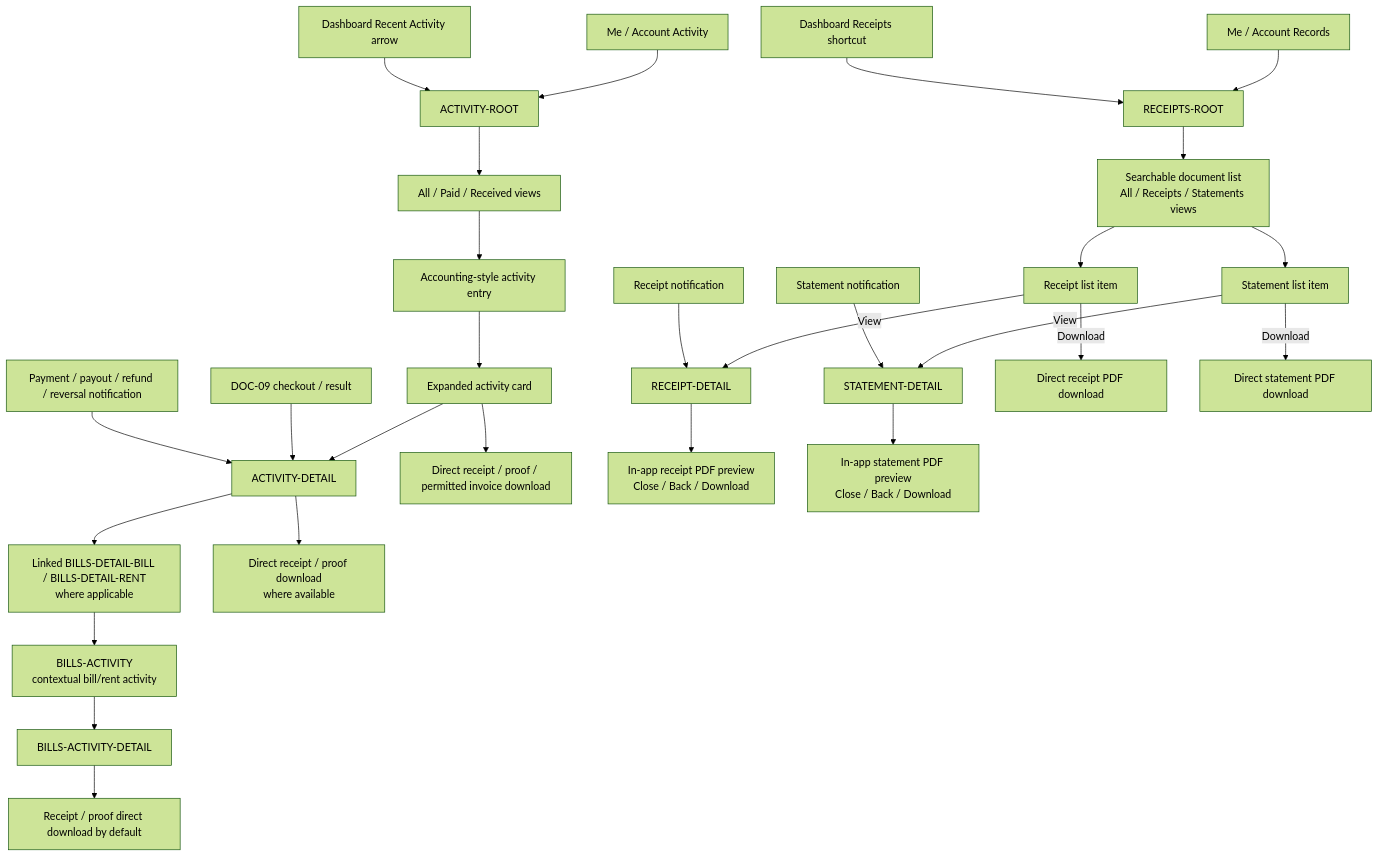
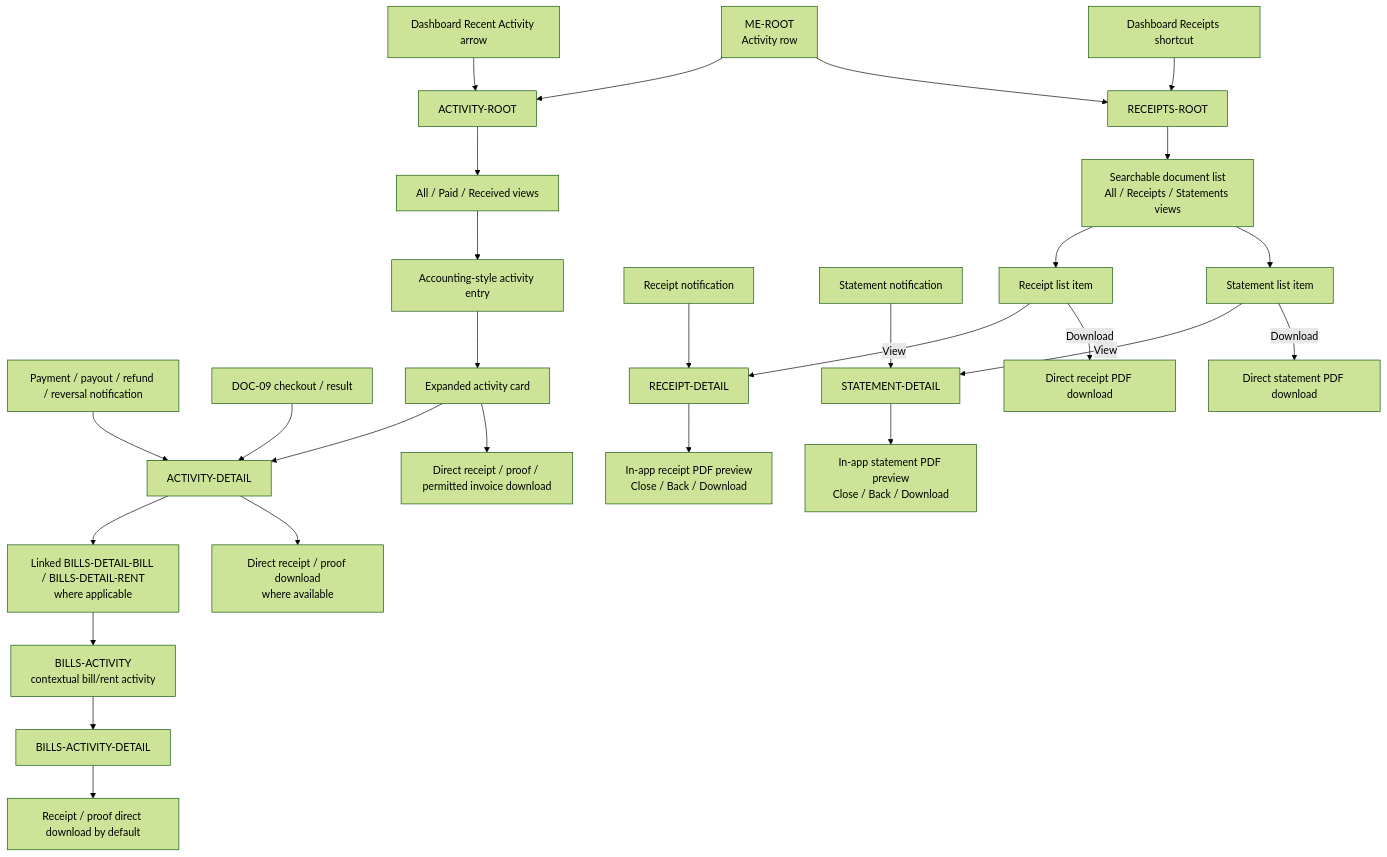
The sixth of 8 diagrams in docs/diagrams/payplus-app-route-entry-map.md (adminpayplus/payplus-docs), drawn with Mermaid (forest theme) before and after one commit. The commit also changed other lines of this file and 13 other files, not shown here.

````diff
--- a/docs/diagrams/payplus-app-route-entry-map.md
+++ b/docs/diagrams/payplus-app-route-entry-map.md
@@ -177,37 +176,37 @@
 ```mermaid
 flowchart TD
   DASHRECENT["Dashboard Recent Activity arrow"] --> AROOT["ACTIVITY-ROOT"]
-  MEACTIVITY["Me / Account Activity"] --> AROOT
+  MEROOT["ME-ROOT<br/>Activity row"] --> AROOT
   ACTNOTIF["Payment / payout / refund / reversal notification"] --> ADETAIL["ACTIVITY-DETAIL"]
   CHECKOUT["DOC-09 checkout / result"] --> ADETAIL
 
   AROOT --> AVIEWS["All / Paid / Received views"]
   AVIEWS --> AENTRY["Accounting-style activity entry"]
   AENTRY --> AEXPANDED["Expanded activity card"]
   AEXPANDED --> ADETAIL
   AEXPANDED --> ROOTDOWNLOAD["Direct receipt / proof / permitted invoice download"]
 
   ADETAIL --> BILLDETAIL["Linked BILLS-DETAIL-BILL / BILLS-DETAIL-RENT<br/>where applicable"]
   ADETAIL --> RECEIPTDOWNLOAD["Direct receipt / proof download<br/>where available"]
 
   SHORTCUT["Dashboard Receipts shortcut"] --> RROOT["RECEIPTS-ROOT"]
-  MERECORDS["Me / Account Records"] --> RROOT
+  MEROOT --> RROOT
   RCPTNOTIF["Receipt notification"] --> RDETAIL["RECEIPT-DETAIL"]
   STMTNOTIF["Statement notification"] --> SDETAIL["STATEMENT-DETAIL"]
 
   RROOT --> RLIST["Searchable document list<br/>All / Receipts / Statements views"]
   RLIST --> RITEM["Receipt list item"]
   RLIST --> SITEM["Statement list item"]
 
   RITEM -->|"View"| RDETAIL
   RITEM -->|"Download"| RDIRECT["Direct receipt PDF download"]
   SITEM -->|"View"| SDETAIL
   SITEM -->|"Download"| SDIRECT["Direct statement PDF download"]
 
   RDETAIL --> RFILE["In-app receipt PDF preview<br/>Close / Back / Download"]
   SDETAIL --> SFILE["In-app statement PDF preview<br/>Close / Back / Download"]
 
   BILLDETAIL --> BACTIVITY["BILLS-ACTIVITY<br/>contextual bill/rent activity"]
   BACTIVITY --> BACTIVITYDETAIL["BILLS-ACTIVITY-DETAIL"]
   BACTIVITYDETAIL --> BDIRECT["Receipt / proof direct download by default"]
 ```
````
